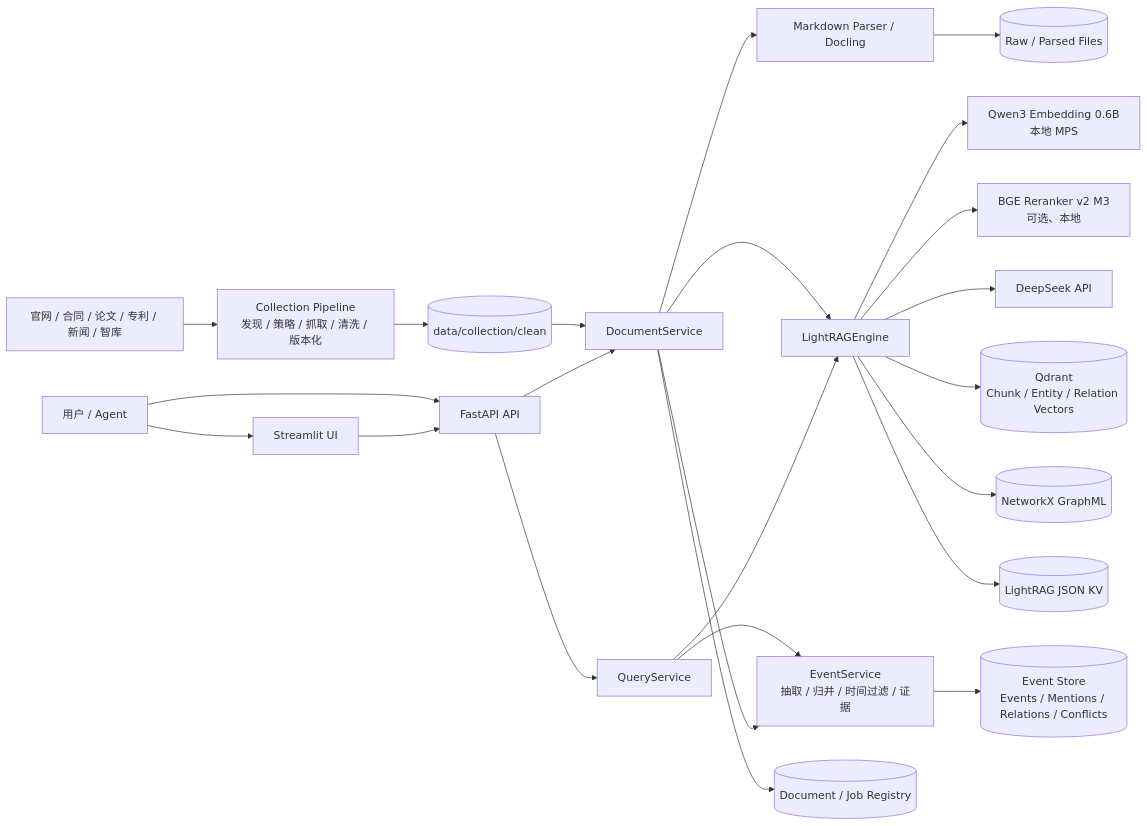
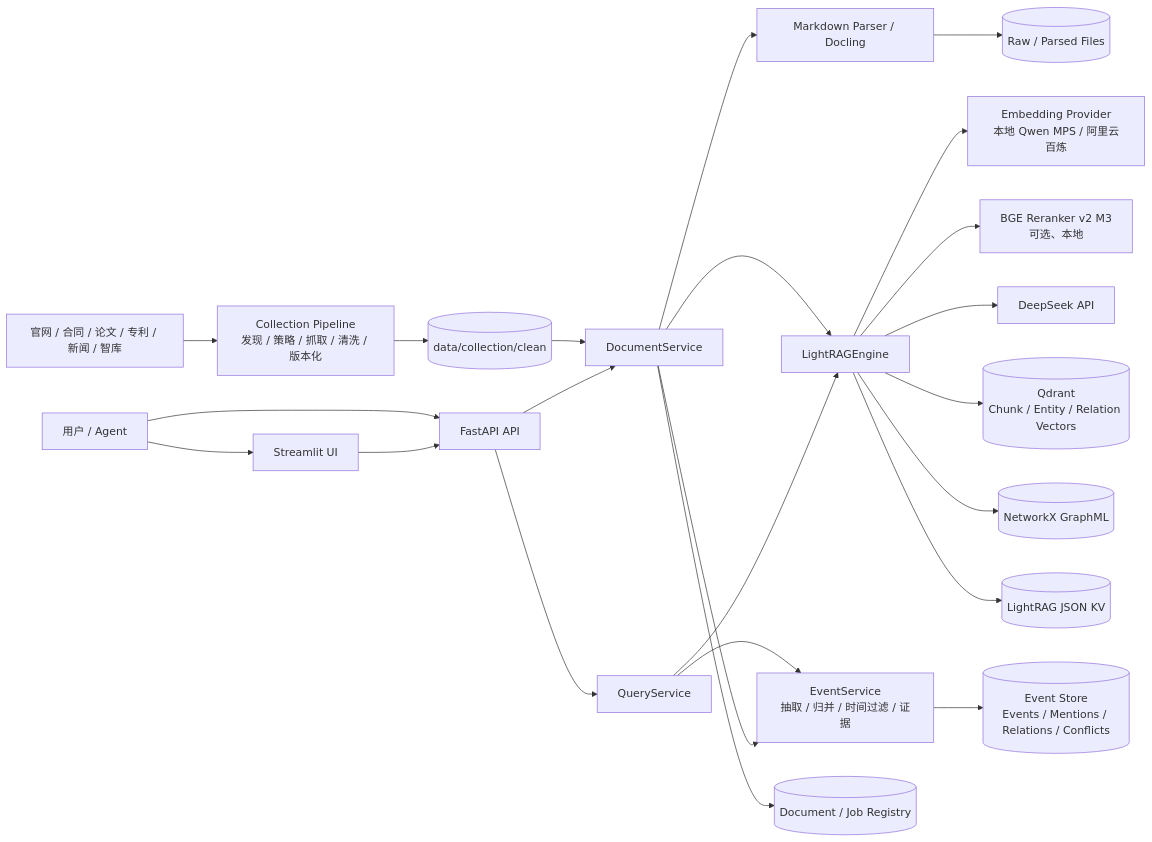
Before and after one commit to zomer2001/rag_prepare: the first of 4 diagrams in TECHNICAL_REPORT.md, drawn with Mermaid. The commit also changed other lines of this file and 65 other files, not shown here.

````diff
--- a/TECHNICAL_REPORT.md
+++ b/TECHNICAL_REPORT.md
@@ -89,46 +94,46 @@
 ```mermaid
 flowchart LR
     SRC["官网 / 合同 / 论文 / 专利 / 新闻 / 智库"]
     COL["Collection Pipeline<br/>发现 / 策略 / 抓取 / 清洗 / 版本化"]
     CLEAN[("data/collection/clean")]
     USER["用户 / Agent"]
     UI["Streamlit UI"]
     API["FastAPI API"]
     DOC["DocumentService"]
     PARSER["Markdown Parser / Docling"]
     QUERY["QueryService"]
     EVENT["EventService<br/>抽取 / 归并 / 时间过滤 / 证据"]
     ENGINE["LightRAGEngine"]
-    EMBED["Qwen3 Embedding 0.6B<br/>本地 MPS"]
+    EMBED["Embedding Provider<br/>本地 Qwen MPS / 阿里云百炼"]
     RERANK["BGE Reranker v2 M3<br/>可选、本地"]
     LLM["DeepSeek API"]
     QDRANT[("Qdrant<br/>Chunk / Entity / Relation Vectors")]
     GRAPH[("NetworkX GraphML")]
     LKV[("LightRAG JSON KV")]
     REG[("Document / Job Registry")]
     EREG[("Event Store<br/>Events / Mentions / Relations / Conflicts")]
     FILES[("Raw / Parsed Files")]
 
     SRC --> COL
     COL --> CLEAN
     CLEAN --> DOC
     USER --> UI
     USER --> API
     UI --> API
     API --> DOC
     API --> QUERY
     QUERY --> EVENT
     DOC --> PARSER
     DOC --> ENGINE
     DOC --> EVENT
     QUERY --> ENGINE
     PARSER --> FILES
     DOC --> REG
     EVENT --> EREG
     ENGINE --> EMBED
     ENGINE --> RERANK
     ENGINE --> LLM
     ENGINE --> QDRANT
     ENGINE --> GRAPH
     ENGINE --> LKV
 ```
````
